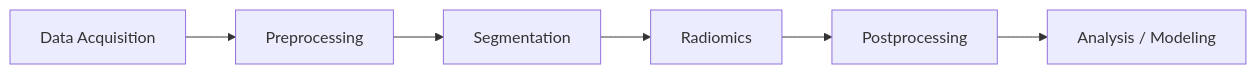
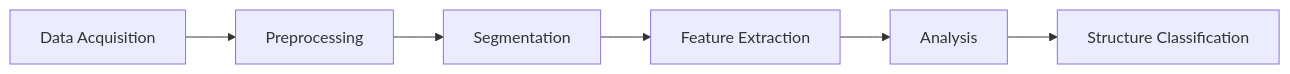
One commit to vincenzoml/UNIPI-MIM changed the diagram in lectures/Lecture 01/Lecture_notes.md. Above: the diagram before and after it, drawn with Mermaid. The commit also changed other lines of this file and 1 other file, not shown here.

Commit message:
Update Lecture Notes: Revise course structure and enhance references for Lecture 01

````diff
--- a/lectures/Lecture 01/Lecture_notes.md
+++ b/lectures/Lecture 01/Lecture_notes.md
@@ -166,19 +166,19 @@
 ```{mermaid}
 %%{init: {
     "theme": "neutral",
     "flowchart": { "htmlLabels": true, "useMaxWidth": false },
     "themeVariables": {
                 "fontSize": "24px",
                 "fontFamily": "Helvetica Neue, Arial, sans-serif",
                 "fontWeight": "700",
                 "padding": 40px             
     },
         "themeCSS": ".label div{display:flex;align-items:center;justify-content:center;padding:25px 25px 25px 25px !important;line-height:1.1;} .node rect{stroke-width:4px;}"
 } }%%
 flowchart LR
     A["Data Acquisition"] --> B["Preprocessing"]
     B --> C["Segmentation"]
-    C --> D["Radiomics"]
-    D --> E["Postprocessing"]
-    E --> F["Analysis / Modeling"]
+    C --> D["Feature Extraction"]
+    D --> E["Analysis"]
+    E --> F["Structure Classification"]
 ```
````
